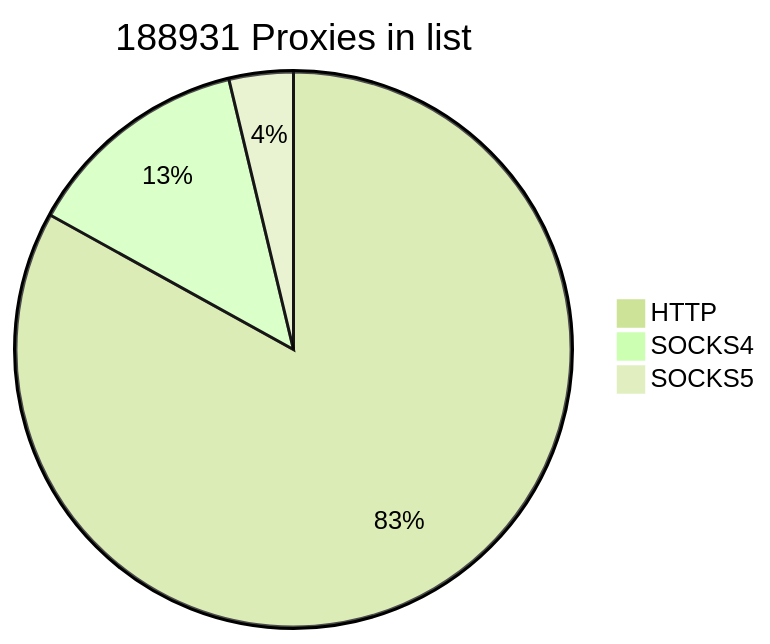
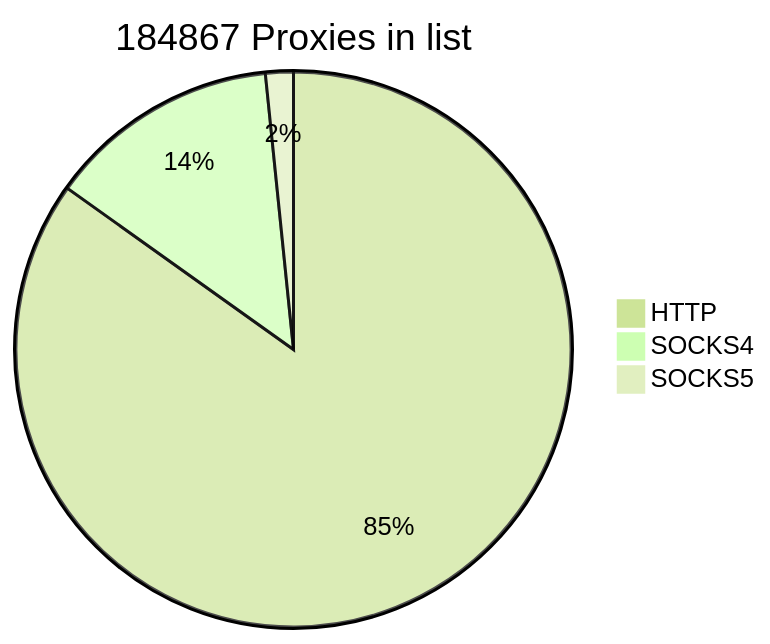
Before and after one commit to cutipu/proxylist: the first of 2 diagrams in README.md, drawn with Mermaid (forest theme). The commit also changed other lines of this file, not shown here.

````diff
--- a/README.md
+++ b/README.md
@@ -2,7 +2,7 @@
 ```mermaid
-pie title 188931 Proxies in list
+pie title 184867 Proxies in list
     "HTTP" : 156881
     "SOCKS4" : 24991
-    "SOCKS5" : 7059
+    "SOCKS5" : 2995
             
 ```
````
